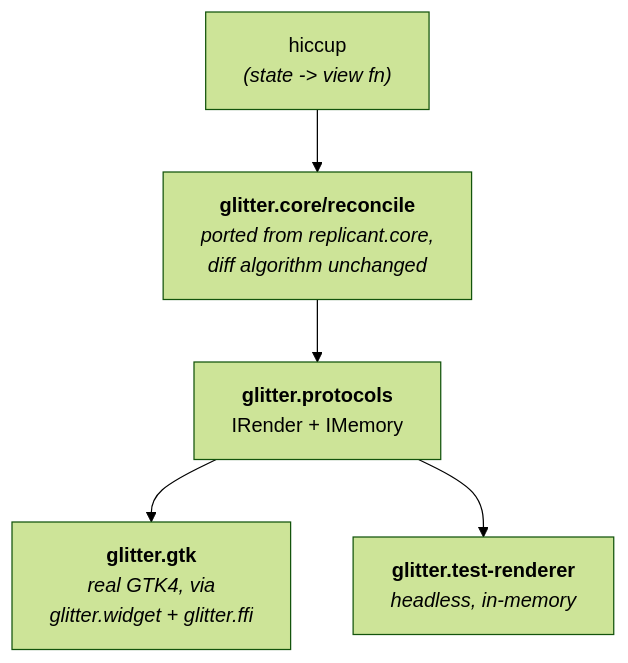
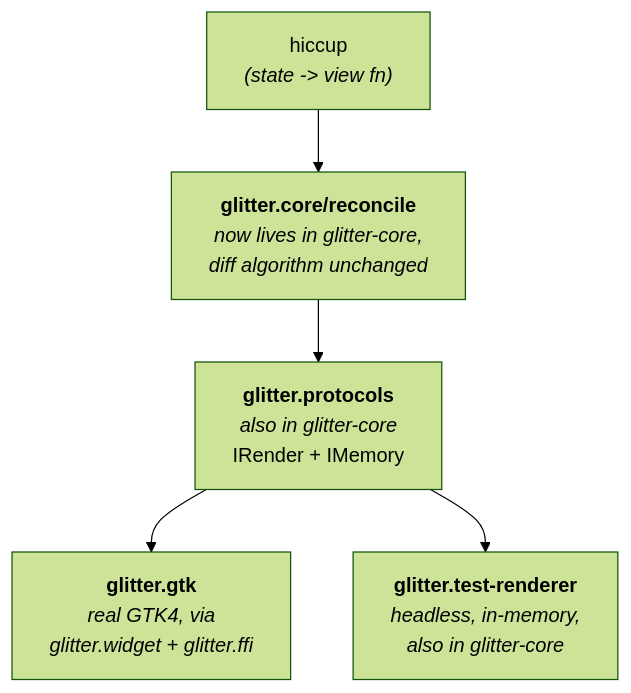
The diagram in README.md (jlt-commons/glitter), drawn with Mermaid (forest theme) before and after one commit. The commit also changed other lines of this file and 5 other files, not shown here.

First line of the commit message:
docs: update NOTICE/README/CHANGELOG for the glitter-core/nexus extraction

````diff
--- a/README.md
+++ b/README.md
@@ -189,8 +189,8 @@
 ```mermaid
 flowchart TD
   hiccup["hiccup<br/><i>(state -&gt; view fn)</i>"] --> reconcile
-  reconcile["<b>glitter.core/reconcile</b><br/><i>ported from replicant.core,<br/>diff algorithm unchanged</i>"] --> proto
-  proto["<b>glitter.protocols</b><br/>IRender + IMemory"] --> gtk & testrend
+  reconcile["<b>glitter.core/reconcile</b><br/><i>now lives in glitter-core,<br/>diff algorithm unchanged</i>"] --> proto
+  proto["<b>glitter.protocols</b><br/><i>also in glitter-core</i><br/>IRender + IMemory"] --> gtk & testrend
   gtk["<b>glitter.gtk</b><br/><i>real GTK4, via<br/>glitter.widget + glitter.ffi</i>"]
-  testrend["<b>glitter.test-renderer</b><br/><i>headless, in-memory</i>"]
+  testrend["<b>glitter.test-renderer</b><br/><i>headless, in-memory,<br/>also in glitter-core</i>"]
 ```
````
